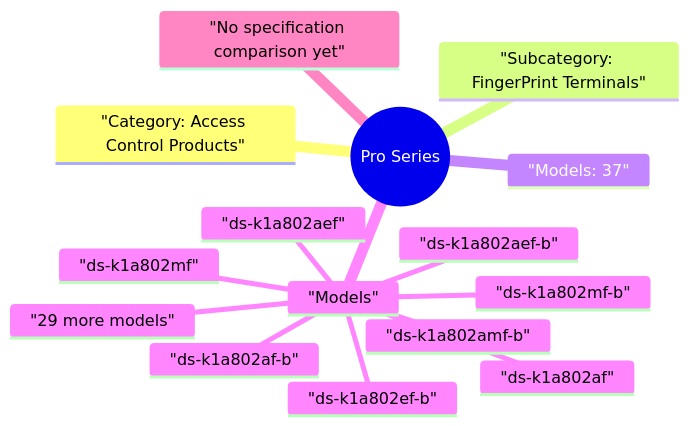
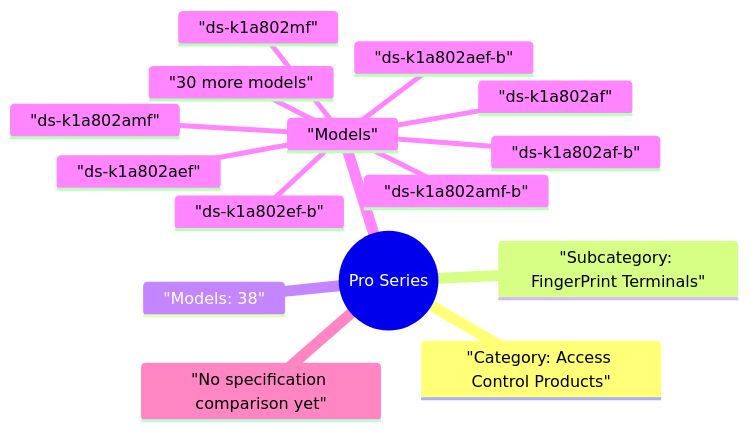
The diagram in site/mindmaps/en-access-control-products-fingerprint-terminals-pro-series.mmd (123321step/hikvision-product-map), drawn with Mermaid before and after one commit. The commit also changed 21 other files, not shown here.

```diff
--- a/site/mindmaps/en-access-control-products-fingerprint-terminals-pro-series.mmd
+++ b/site/mindmaps/en-access-control-products-fingerprint-terminals-pro-series.mmd
@@ -1,16 +1,16 @@
 mindmap
   root(("Pro Series"))
     "Category: Access Control Products"
     "Subcategory: FingerPrint Terminals"
-    "Models: 37"
+    "Models: 38"
     "Models"
       "ds-k1a802aef"
       "ds-k1a802aef-b"
       "ds-k1a802af"
       "ds-k1a802af-b"
+      "ds-k1a802amf"
       "ds-k1a802amf-b"
       "ds-k1a802ef-b"
       "ds-k1a802mf"
-      "ds-k1a802mf-b"
-      "29 more models"
+      "30 more models"
     "No specification comparison yet"
```
